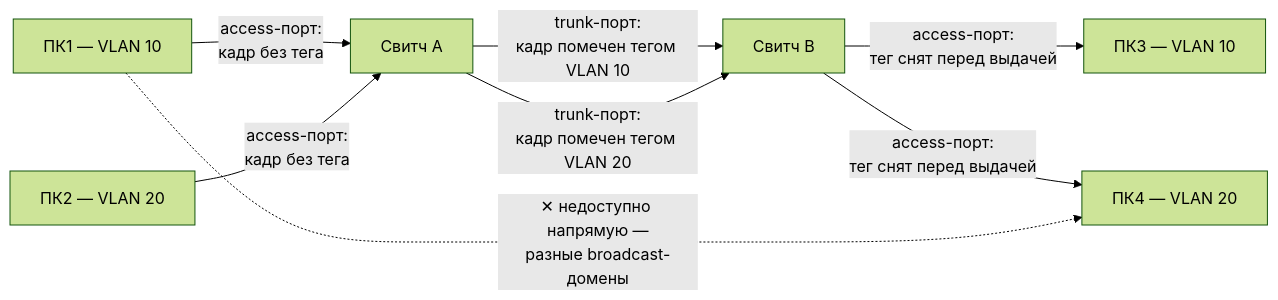
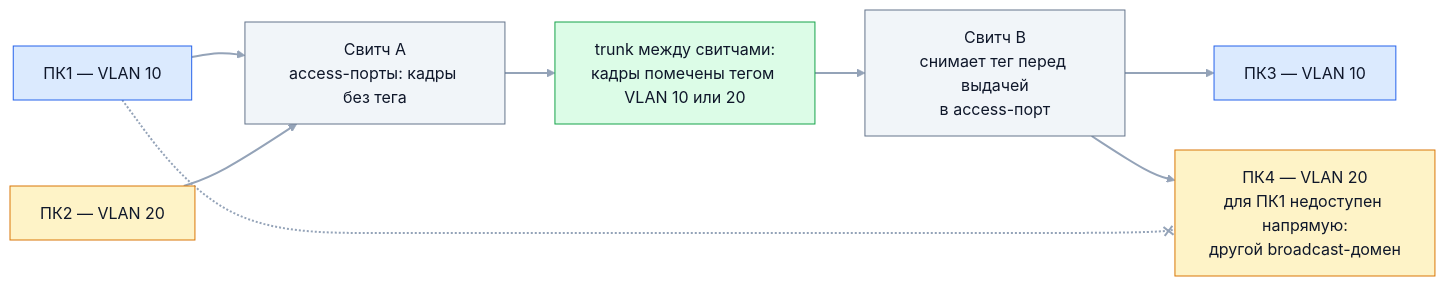
The first of 2 diagrams in kb/01-fundamentals/03-networking-basics/05-advanced-topics.md (bogdan111305/java-senior-roadmap), drawn with Mermaid (forest theme) before and after one commit. The commit also changed other lines of this file and 31 other files, not shown here.

````diff
--- a/kb/01-fundamentals/03-networking-basics/05-advanced-topics.md
+++ b/kb/01-fundamentals/03-networking-basics/05-advanced-topics.md
@@ -47,10 +47,20 @@
 ```mermaid
 flowchart LR
-    PC1["ПК1 — VLAN 10"] -->|"access-порт:<br/>кадр без тега"| SW1["Свитч A"]
-    PC2["ПК2 — VLAN 20"] -->|"access-порт:<br/>кадр без тега"| SW1
-    SW1 -->|"trunk-порт:<br/>кадр помечен тегом VLAN 10"| SW2["Свитч B"]
-    SW1 -->|"trunk-порт:<br/>кадр помечен тегом VLAN 20"| SW2
-    SW2 -->|"access-порт:<br/>тег снят перед выдачей"| PC3["ПК3 — VLAN 10"]
-    SW2 -->|"access-порт:<br/>тег снят перед выдачей"| PC4["ПК4 — VLAN 20"]
-    PC1 -.->|"✕ недоступно напрямую —<br/>разные broadcast-домены"| PC4
+    PC1["ПК1 — VLAN 10"] --> SW1["Свитч A<br/>access-порты: кадры без тега"]
+    PC2["ПК2 — VLAN 20"] --> SW1
+    SW1 --> TR["trunk между свитчами:<br/>кадры помечены тегом VLAN 10 или 20"]
+    TR --> SW2["Свитч B<br/>снимает тег перед выдачей<br/>в access-порт"]
+    SW2 --> PC3["ПК3 — VLAN 10"]
+    SW2 --> PC4["ПК4 — VLAN 20<br/>для ПК1 недоступен напрямую:<br/>другой broadcast-домен"]
+    PC1 -.-x PC4
+    classDef main fill:#dbeafe,stroke:#2563eb,color:#0f172a
+    classDef accent fill:#fef3c7,stroke:#d97706,color:#0f172a
+    classDef good fill:#dcfce7,stroke:#16a34a,color:#0f172a
+    classDef muted fill:#f1f5f9,stroke:#64748b,color:#0f172a
+    classDef bad fill:#fee2e2,stroke:#dc2626,color:#0f172a
+    class PC1,PC3 main
+    class PC2,PC4 accent
+    class SW1,SW2 muted
+    class TR good
+    linkStyle default stroke:#94a3b8,stroke-width:2px
 ```
````
